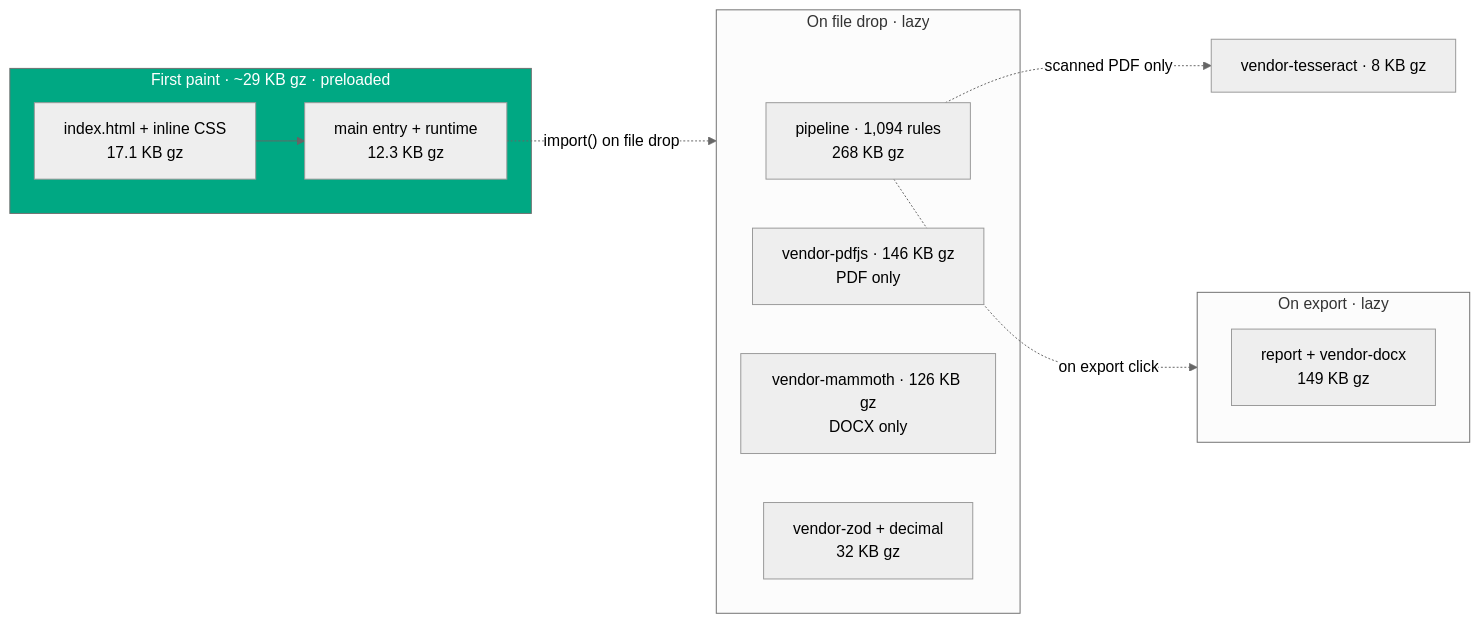
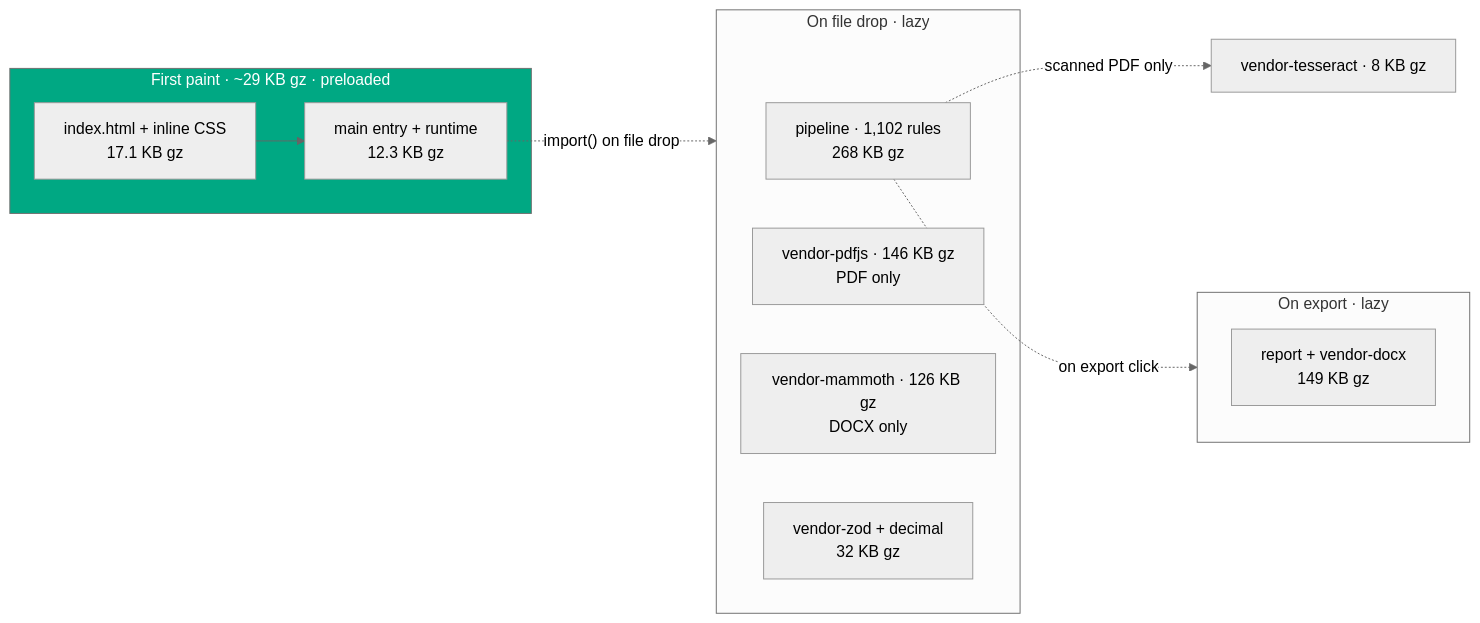
One commit to clay-good/vaulytica changed the tenth of 11 diagrams in README.md. Above: the diagram before and after it, drawn with Mermaid (neutral theme). The commit also changed other lines of this file and 107 other files, not shown here.

````diff
--- a/README.md
+++ b/README.md
@@ -1266,19 +1266,19 @@
 ```mermaid
 flowchart LR
   subgraph FP["First paint · ~29 KB gz · preloaded"]
     H[index.html + inline CSS<br/>17.1 KB gz] --> M[main entry + runtime<br/>12.3 KB gz]
   end
   M -. "import() on file drop" .-> DROP
   subgraph DROP["On file drop · lazy"]
-    P[pipeline · 1,094 rules<br/>268 KB gz]
+    P[pipeline · 1,102 rules<br/>268 KB gz]
     PDF[vendor-pdfjs · 146 KB gz<br/>PDF only]
     DOCXIN[vendor-mammoth · 126 KB gz<br/>DOCX only]
     Z[vendor-zod + decimal<br/>32 KB gz]
   end
   P -. "on export click" .-> EXP
   subgraph EXP["On export · lazy"]
     RPT[report + vendor-docx<br/>149 KB gz]
   end
   P -. "scanned PDF only" .-> OCR[vendor-tesseract · 8 KB gz]
   style FP fill:#00A883,color:#fff
 ```
````
